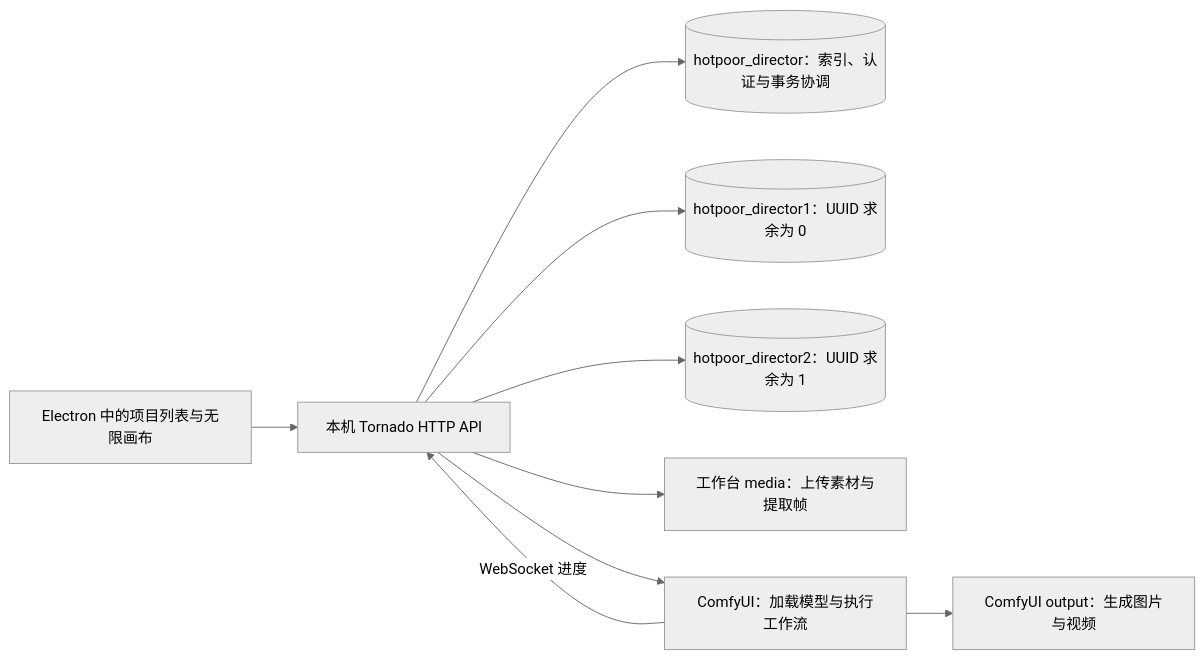
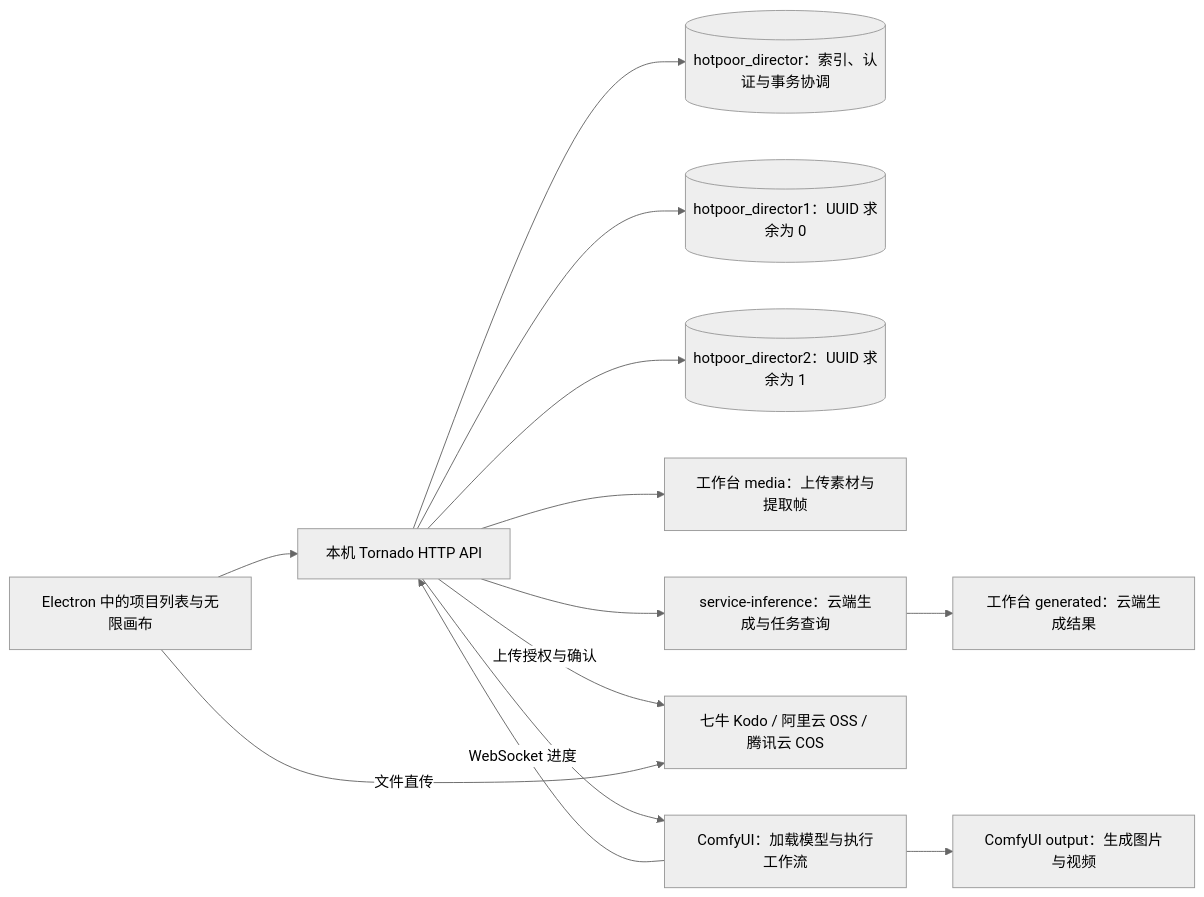
One commit to hotpoor/hotpoor_director changed the diagram in SKILL.md. Above: the diagram before and after it, drawn with Mermaid (neutral theme). The commit also changed other lines of this file and 1 other file, not shown here.

Commit message:
Document cloud storage and service-inference workflows in project skill

````diff
--- a/SKILL.md
+++ b/SKILL.md
@@ -55,11 +75,15 @@
 ```mermaid
 flowchart LR
     UI[Electron 中的项目列表与无限画布] --> API[本机 Tornado HTTP API]
     API --> AUTH[(hotpoor_director：索引、认证与事务协调)]
     API --> PROJECT[(hotpoor_director1：UUID 求余为 0)]
     API --> JOB[(hotpoor_director2：UUID 求余为 1)]
     API --> MEDIA[工作台 media：上传素材与提取帧]
+    API --> INFERENCE[service-inference：云端生成与任务查询]
+    INFERENCE --> GENERATED[工作台 generated：云端生成结果]
+    API -->|上传授权与确认| STORAGE[七牛 Kodo / 阿里云 OSS / 腾讯云 COS]
+    UI -->|文件直传| STORAGE
     API --> COMFY[ComfyUI：加载模型与执行工作流]
     COMFY --> OUTPUT[ComfyUI output：生成图片与视频]
     COMFY -->|WebSocket 进度| API
 ```
````
